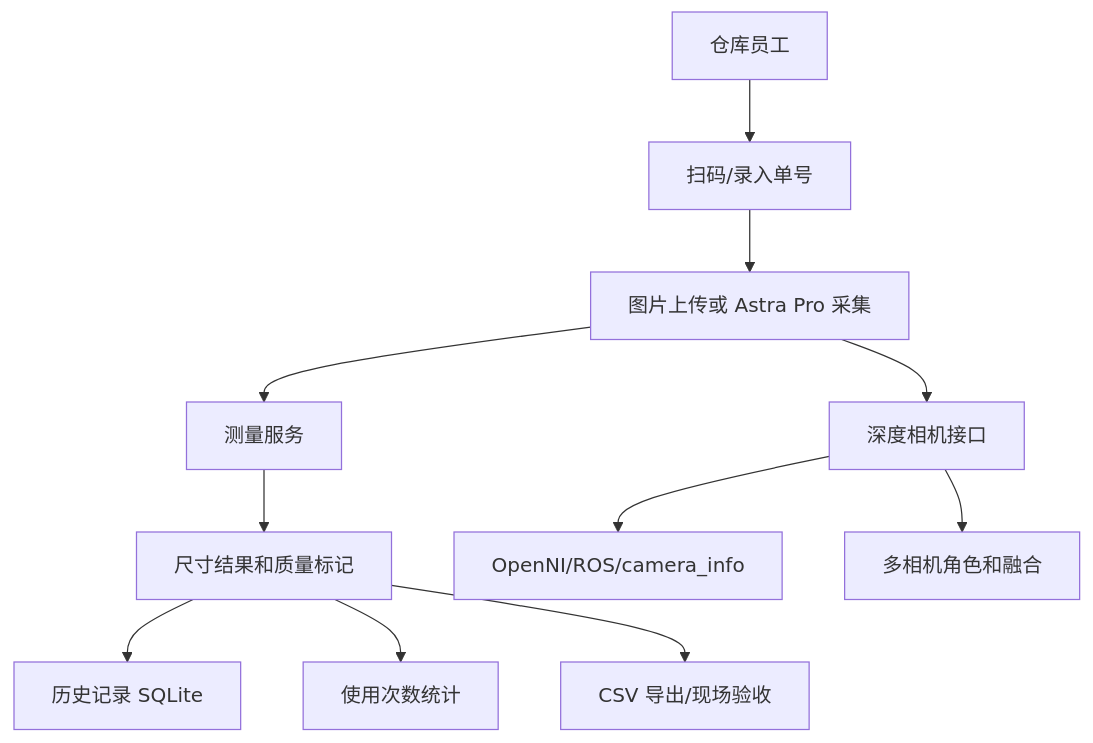
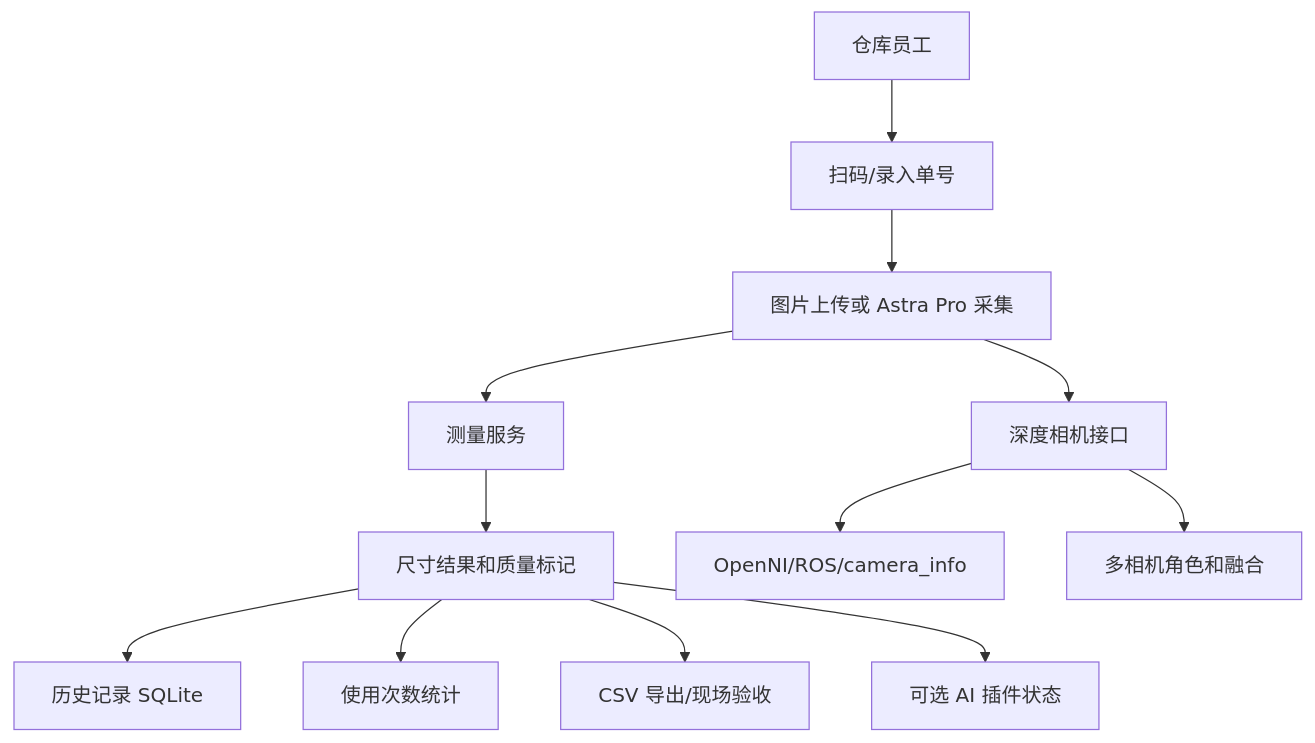
The diagram in README.md (BilibiliSZdaomei/packvision), drawn with Mermaid before and after one commit. The commit also changed other lines of this file and 16 other files, not shown here.

````diff
--- a/README.md
+++ b/README.md
@@ -237,13 +238,14 @@
 ```mermaid
 flowchart TD
   A["仓库员工"] --> B["扫码/录入单号"]
   B --> C["图片上传或 Astra Pro 采集"]
   C --> D["测量服务"]
   D --> E["尺寸结果和质量标记"]
   E --> F["历史记录 SQLite"]
   E --> G["使用次数统计"]
   E --> H["CSV 导出/现场验收"]
   C --> I["深度相机接口"]
   I --> J["OpenNI/ROS/camera_info"]
   I --> K["多相机角色和融合"]
+  E --> L["可选 AI 插件状态"]
 ```
````
